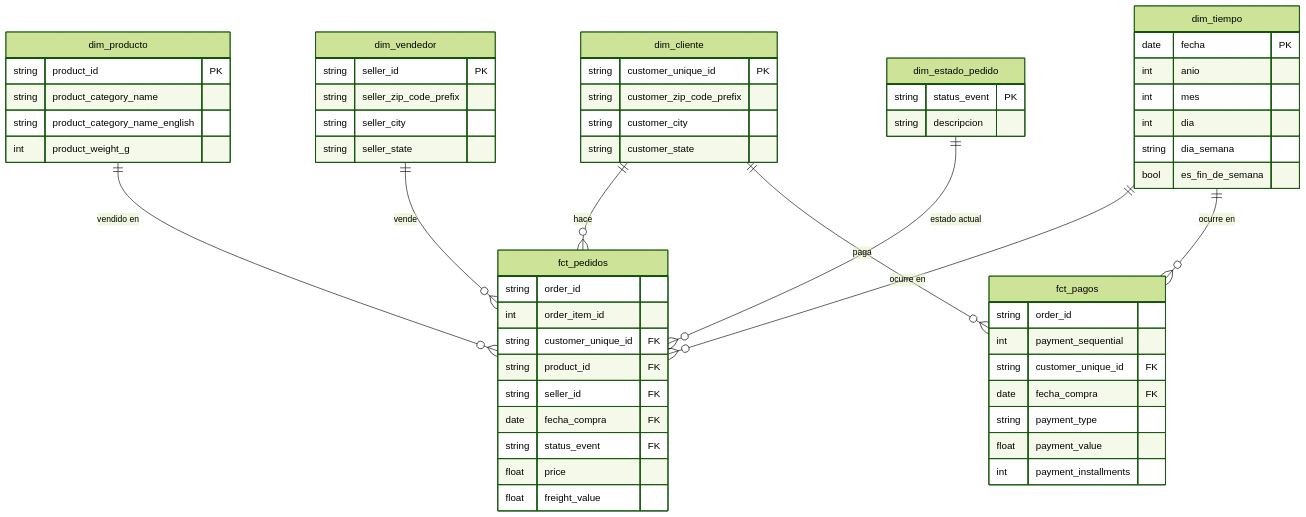
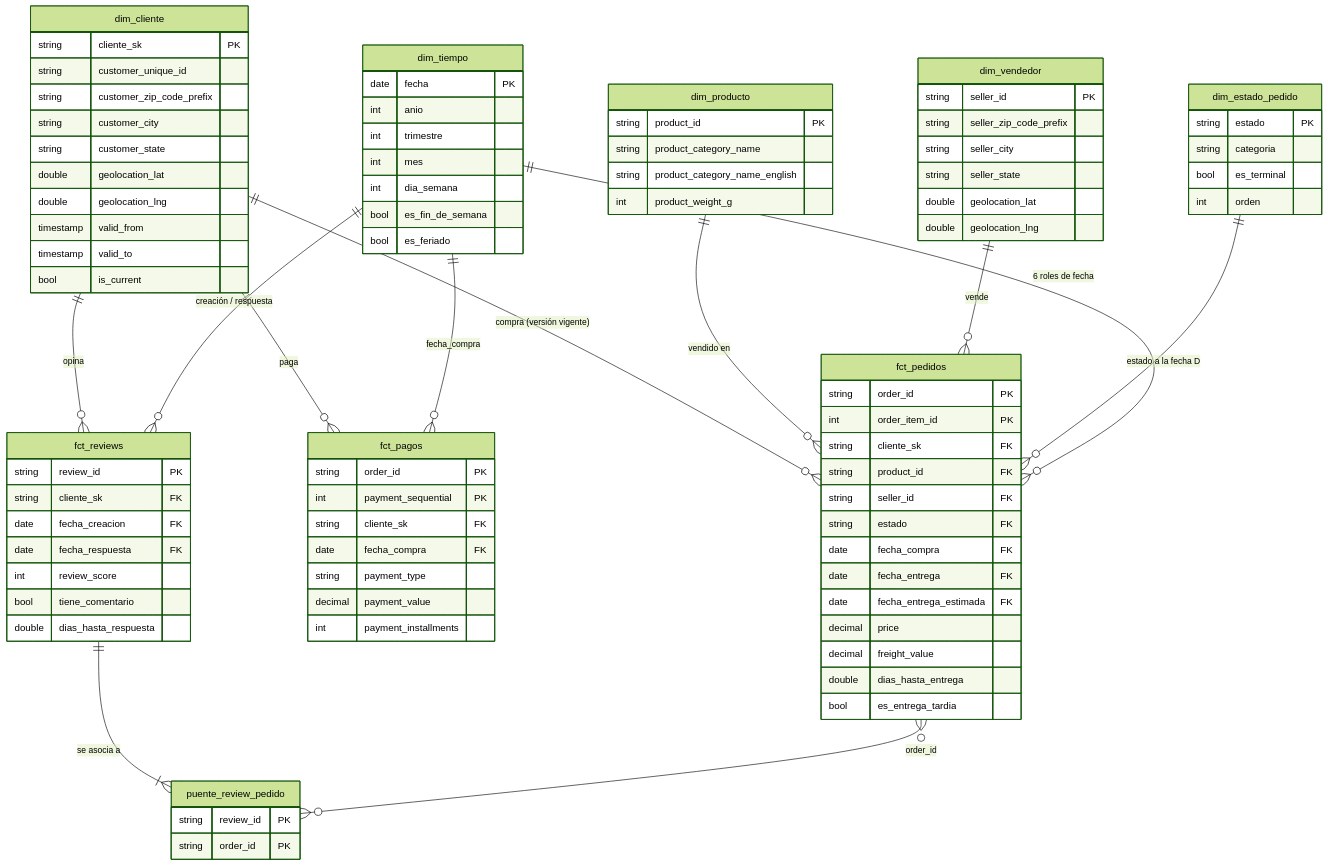
Before and after one commit to ayorick23/ecommerce-medallion-pipeline: the diagram in docs/schemas.md, drawn with Mermaid (forest theme). The commit also changed other lines of this file and 12 other files, not shown here.

````diff
--- a/docs/schemas.md
+++ b/docs/schemas.md
@@ -577,18 +757,28 @@
 ```mermaid
 erDiagram
-    dim_cliente ||--o{ fct_pedidos : "hace"
+    dim_cliente ||--o{ fct_pedidos : "compra (versión vigente)"
     dim_cliente ||--o{ fct_pagos : "paga"
+    dim_cliente ||--o{ fct_reviews : "opina"
     dim_producto ||--o{ fct_pedidos : "vendido en"
     dim_vendedor ||--o{ fct_pedidos : "vende"
-    dim_tiempo ||--o{ fct_pedidos : "ocurre en"
-    dim_tiempo ||--o{ fct_pagos : "ocurre en"
-    dim_estado_pedido ||--o{ fct_pedidos : "estado actual"
+    dim_estado_pedido ||--o{ fct_pedidos : "estado a la fecha D"
+    dim_tiempo ||--o{ fct_pedidos : "6 roles de fecha"
+    dim_tiempo ||--o{ fct_pagos : "fecha_compra"
+    dim_tiempo ||--o{ fct_reviews : "creación / respuesta"
+    fct_reviews ||--|{ puente_review_pedido : "se asocia a"
+    fct_pedidos }o--o{ puente_review_pedido : "order_id"
 
     dim_cliente {
-        string customer_unique_id PK
+        string cliente_sk PK
+        string customer_unique_id
         string customer_zip_code_prefix
         string customer_city
         string customer_state
+        double geolocation_lat
+        double geolocation_lng
+        timestamp valid_from
+        timestamp valid_to
+        bool is_current
     }
     dim_producto {
         string product_id PK
@@ -601,37 +791,59 @@
         string seller_zip_code_prefix
         string seller_city
         string seller_state
+        double geolocation_lat
+        double geolocation_lng
     }
     dim_tiempo {
         date fecha PK
         int anio
+        int trimestre
         int mes
-        int dia
-        string dia_semana
+        int dia_semana
         bool es_fin_de_semana
+        bool es_feriado
     }
     dim_estado_pedido {
-        string status_event PK
-        string descripcion
+        string estado PK
+        string categoria
+        bool es_terminal
+        int orden
     }
     fct_pedidos {
-        string order_id
-        int order_item_id
-        string customer_unique_id FK
+        string order_id PK
+        int order_item_id PK
+        string cliente_sk FK
         string product_id FK
         string seller_id FK
+        string estado FK
         date fecha_compra FK
-        string status_event FK
-        float price
-        float freight_value
+        date fecha_entrega FK
+        date fecha_entrega_estimada FK
+        decimal price
+        decimal freight_value
+        double dias_hasta_entrega
+        bool es_entrega_tardia
     }
     fct_pagos {
-        string order_id
-        int payment_sequential
-        string customer_unique_id FK
+        string order_id PK
+        int payment_sequential PK
+        string cliente_sk FK
         date fecha_compra FK
         string payment_type
-        float payment_value
+        decimal payment_value
         int payment_installments
     }
+    fct_reviews {
+        string review_id PK
+        string cliente_sk FK
+        date fecha_creacion FK
+        date fecha_respuesta FK
+        int review_score
+        bool tiene_comentario
+        double dias_hasta_respuesta
+    }
+    puente_review_pedido {
+        string review_id PK
+        string order_id PK
+    }
 ```
````
